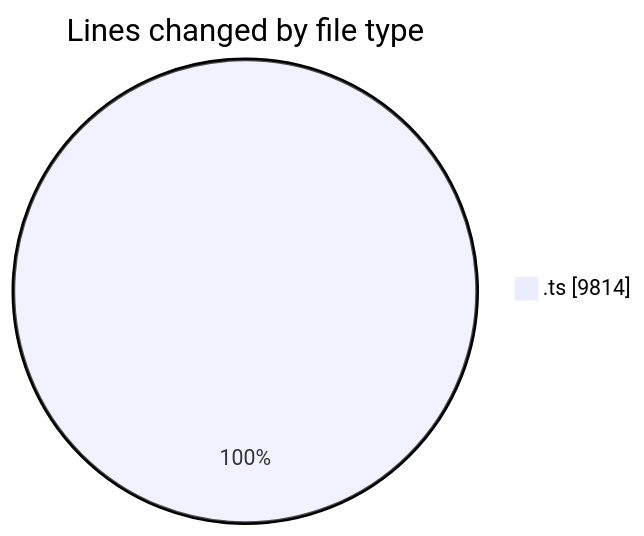
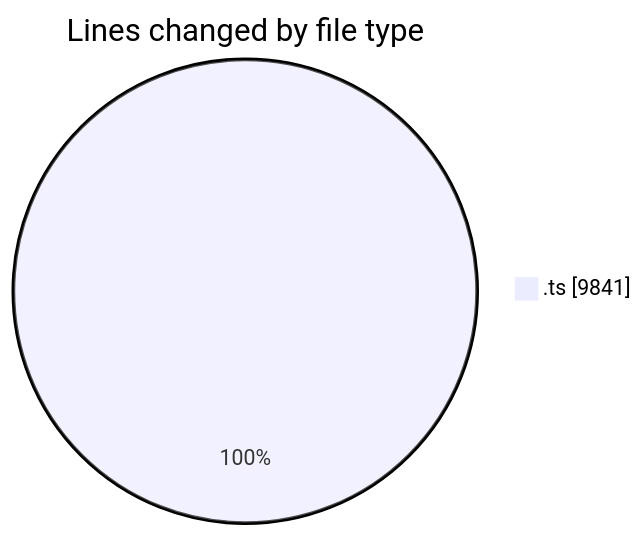
The first of 2 diagrams in 2025-09-09/cda/README.md (momahboobian/code-tracking), drawn with Mermaid before and after one commit. The commit also changed other lines of this file and 1 other file, not shown here.

````diff
--- a/2025-09-09/cda/README.md
+++ b/2025-09-09/cda/README.md
@@ -22,5 +22,5 @@
 ```mermaid
 pie showData
 title Lines changed by file type
-".ts" : 9814
+".ts" : 9841
 ```
````
